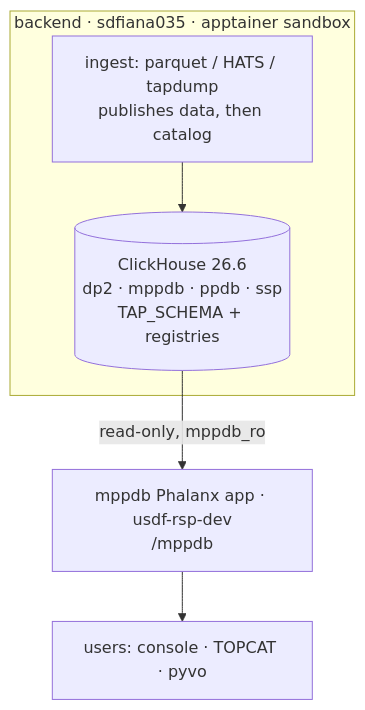
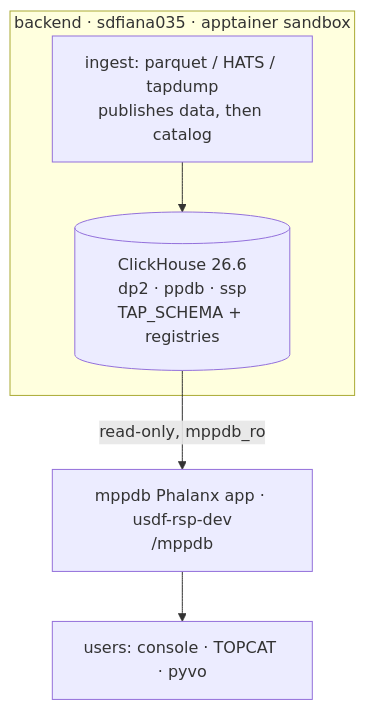
One commit to lsst-dm/dmtn-354 changed the diagram in index.md. Above: the diagram before and after it, drawn with Mermaid. The commit also changed other lines of this file, not shown here.

````diff
--- a/index.md
+++ b/index.md
@@ -194,12 +207,12 @@
 ```{mermaid}
 flowchart TB
   subgraph BACKEND["backend · sdfiana035 · apptainer sandbox"]
     ING["ingest: parquet / HATS / tapdump<br/>publishes data, then catalog"]
-    CH[("ClickHouse 26.6<br/>dp2 · mppdb · ppdb · ssp<br/>TAP_SCHEMA + registries")]
+    CH[("ClickHouse 26.6<br/>dp2 · ppdb · ssp<br/>TAP_SCHEMA + registries")]
     ING --> CH
   end
   SVC["mppdb Phalanx app · usdf-rsp-dev<br/>/mppdb"]
   U["users: console · TOPCAT · pyvo"]
   CH -- "read-only, mppdb_ro" --> SVC
   SVC --> U
 ```
````
